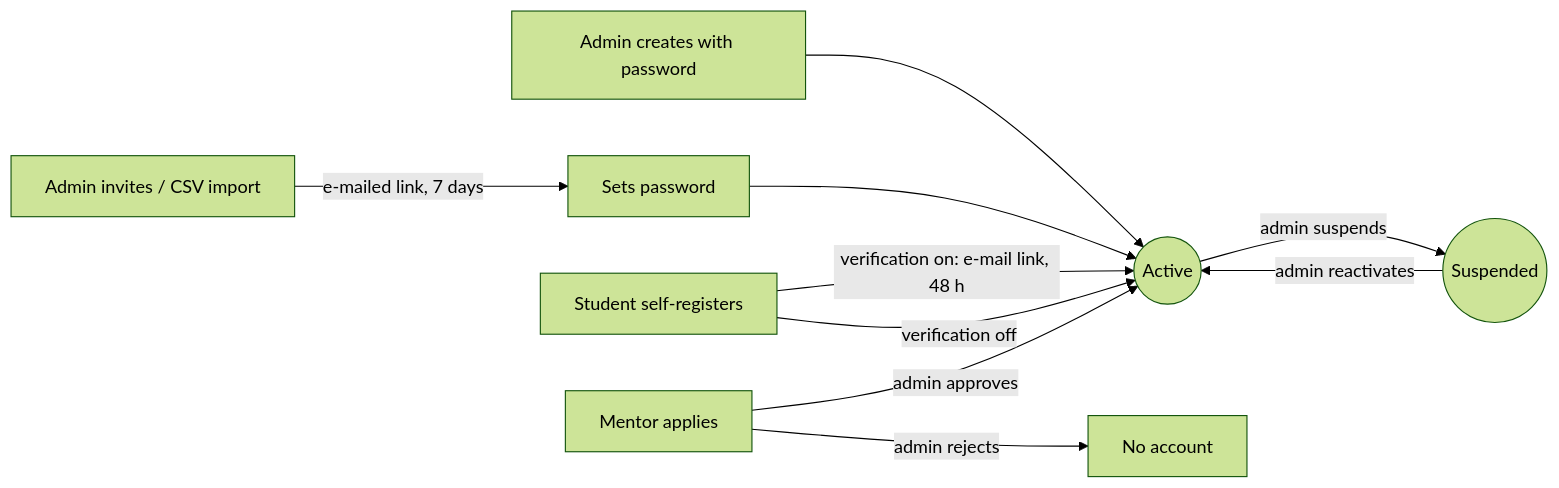
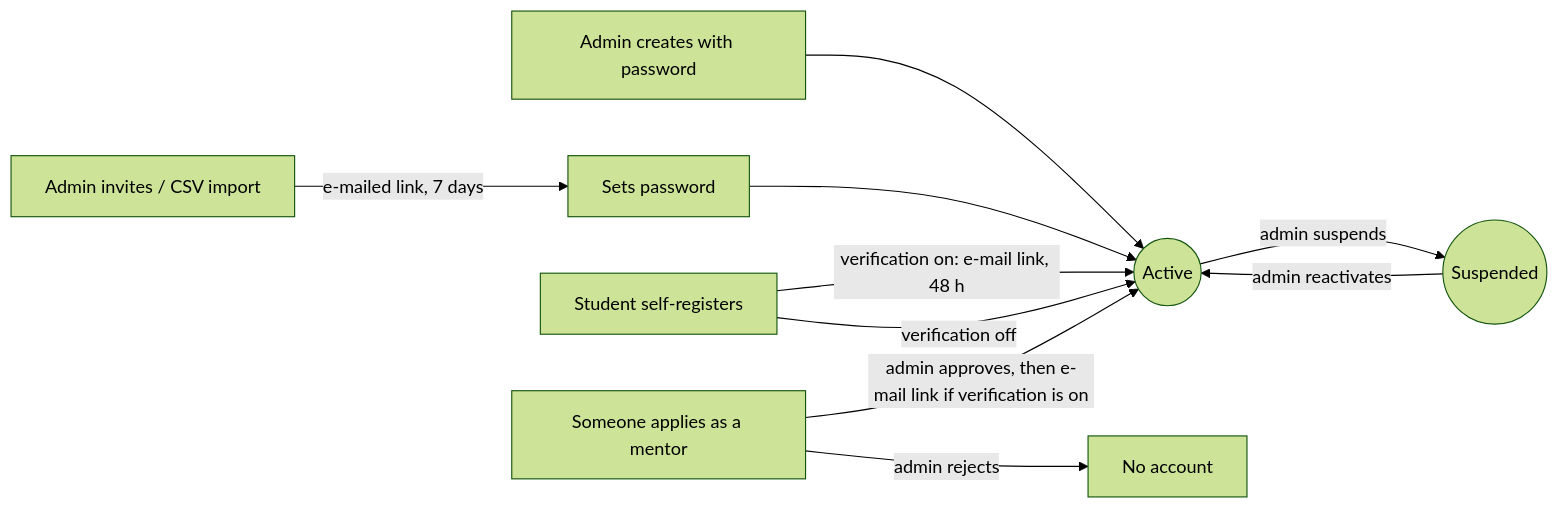
The first of 2 diagrams in docs/WORKFLOWS.md (Theoneste1/ROFBACKENDTEST), drawn with Mermaid (forest theme) before and after one commit. The commit also changed other lines of this file and 9 other files, not shown here.

First line of the commit message:
E-mail verification on by default in production; verified mentor approvals

````diff
--- a/docs/WORKFLOWS.md
+++ b/docs/WORKFLOWS.md
@@ -20,11 +20,11 @@
 ```mermaid
 flowchart LR
   A[Admin creates with password] --> ACT((Active))
   I[Admin invites / CSV import] -->|e-mailed link, 7 days| SET[Sets password] --> ACT
   S[Student self-registers] -->|verification on: e-mail link, 48 h| ACT
   S -->|verification off| ACT
-  M[Mentor applies] -->|admin approves| ACT
+  M[Someone applies as a mentor] -->|admin approves, then e-mail link if verification is on| ACT
   M -->|admin rejects| X[No account]
   ACT -->|admin suspends| SUS((Suspended))
   SUS -->|admin reactivates| ACT
 ```
````
